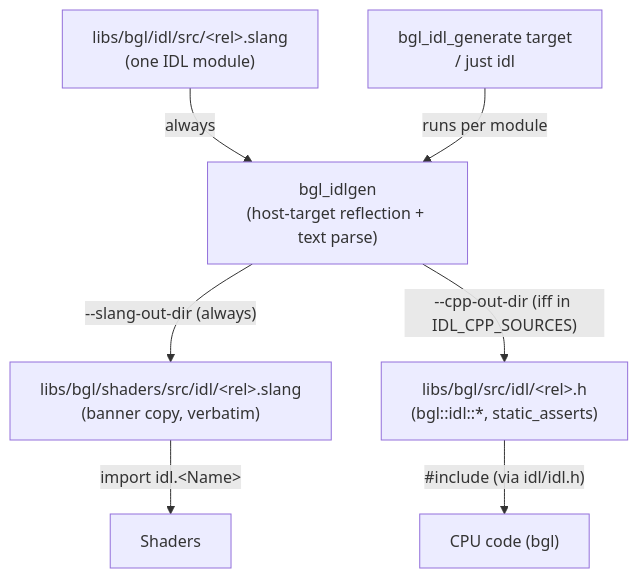
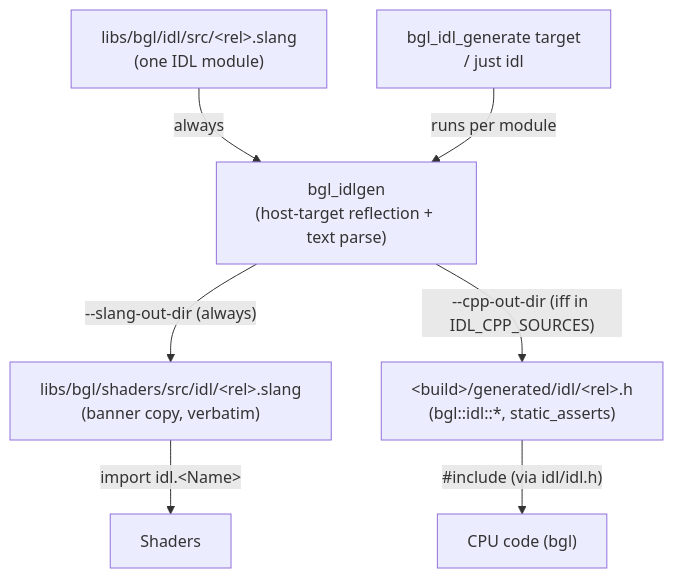
The diagram in docs/idlgen.md (alexjiang200407/bernini), drawn with Mermaid before and after one commit. The commit also changed other lines of this file and 19 other files, not shown here.

````diff
--- a/docs/idlgen.md
+++ b/docs/idlgen.md
@@ -114,16 +129,16 @@
 ```mermaid
 flowchart TD
     IDL["libs/bgl/idl/src/&lt;rel&gt;.slang<br/>(one IDL module)"]
     TOOL["bgl_idlgen<br/>(host-target reflection + text parse)"]
     SLANG["libs/bgl/shaders/src/idl/&lt;rel&gt;.slang<br/>(banner copy, verbatim)"]
-    CPP["libs/bgl/src/idl/&lt;rel&gt;.h<br/>(bgl::idl::*, static_asserts)"]
+    CPP["&lt;build&gt;/generated/idl/&lt;rel&gt;.h<br/>(bgl::idl::*, static_asserts)"]
     SH["Shaders"]
     CX["CPU code (bgl)"]
 
     IDL -- "always" --> TOOL
     TOOL -- "--slang-out-dir (always)" --> SLANG
     TOOL -- "--cpp-out-dir (iff in IDL_CPP_SOURCES)" --> CPP
     SLANG -- "import idl.&lt;Name&gt;" --> SH
     CPP -- "#include (via idl/idl.h)" --> CX
     CMAKE["bgl_idl_generate target<br/>/ just idl"] -- "runs per module" --> TOOL
 ```
````
